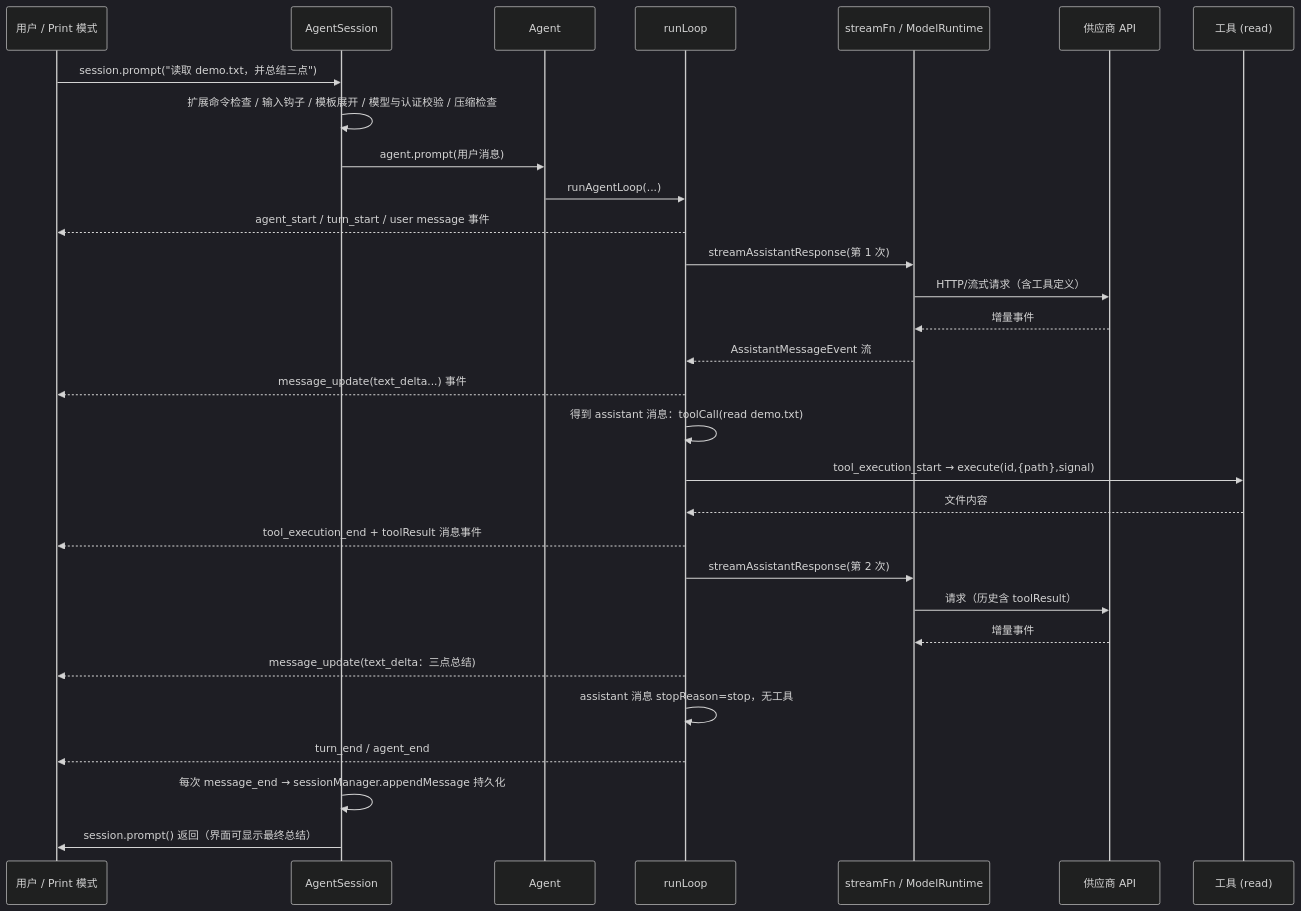
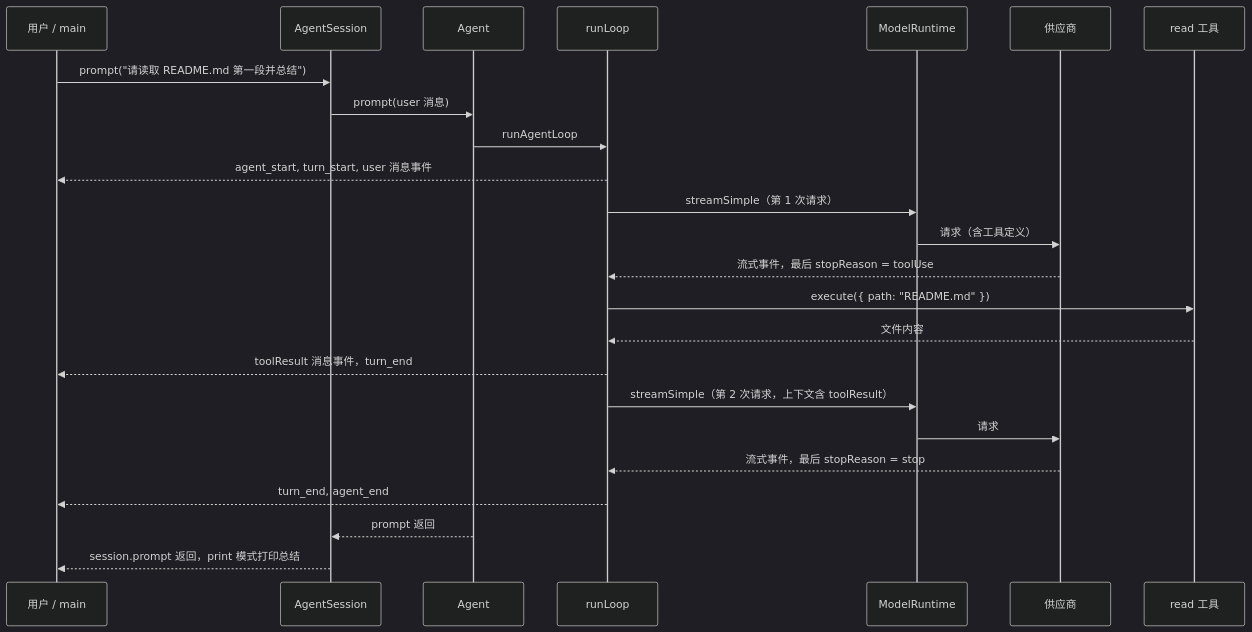
Before and after one commit to yipen9/pi: the second of 2 diagrams in docs/learning/zh-CN/task-02-request-journey.md, drawn with Mermaid (dark theme). The commit also changed other lines of this file and 19 other files, not shown here.

````diff
--- a/docs/learning/zh-CN/task-02-request-journey.md
+++ b/docs/learning/zh-CN/task-02-request-journey.md
@@ -1433,33 +349,27 @@
 ```mermaid
 sequenceDiagram
-    participant U as 用户 / Print 模式
+    participant U as 用户 / main
     participant S as AgentSession
     participant A as Agent
     participant L as runLoop
-    participant F as streamFn / ModelRuntime
-    participant P as 供应商 API
-    participant T as 工具 (read)
+    participant M as ModelRuntime
+    participant P as 供应商
+    participant T as read 工具
 
-    U->>S: session.prompt("读取 demo.txt，并总结三点")
-    S->>S: 扩展命令检查 / 输入钩子 / 模板展开 / 模型与认证校验 / 压缩检查
-    S->>A: agent.prompt(用户消息)
-    A->>L: runAgentLoop(...)
-    L-->>U: agent_start / turn_start / user message 事件
-    L->>F: streamAssistantResponse(第 1 次)
-    F->>P: HTTP/流式请求（含工具定义）
-    P-->>F: 增量事件
-    F-->>L: AssistantMessageEvent 流
-    L-->>U: message_update(text_delta...) 事件
-    L->>L: 得到 assistant 消息：toolCall(read demo.txt)
-    L->>T: tool_execution_start → execute(id,{path},signal)
+    U->>S: prompt("请读取 README.md 第一段并总结")
+    S->>A: prompt(user 消息)
+    A->>L: runAgentLoop
+    L-->>U: agent_start, turn_start, user 消息事件
+    L->>M: streamSimple（第 1 次请求）
+    M->>P: 请求（含工具定义）
+    P-->>L: 流式事件，最后 stopReason = toolUse
+    L->>T: execute({ path: "README.md" })
     T-->>L: 文件内容
-    L-->>U: tool_execution_end + toolResult 消息事件
-    L->>F: streamAssistantResponse(第 2 次)
-    F->>P: 请求（历史含 toolResult）
-    P-->>F: 增量事件
-    L-->>U: message_update(text_delta：三点总结)
-    L->>L: assistant 消息 stopReason=stop，无工具
-    L-->>U: turn_end / agent_end
-    S->>S: 每次 message_end → sessionManager.appendMessage 持久化
-    S->>U: session.prompt() 返回（界面可显示最终总结）
+    L-->>U: toolResult 消息事件，turn_end
+    L->>M: streamSimple（第 2 次请求，上下文含 toolResult）
+    M->>P: 请求
+    P-->>L: 流式事件，最后 stopReason = stop
+    L-->>U: turn_end, agent_end
+    A-->>S: prompt 返回
+    S-->>U: session.prompt 返回，print 模式打印总结
 ```
````
